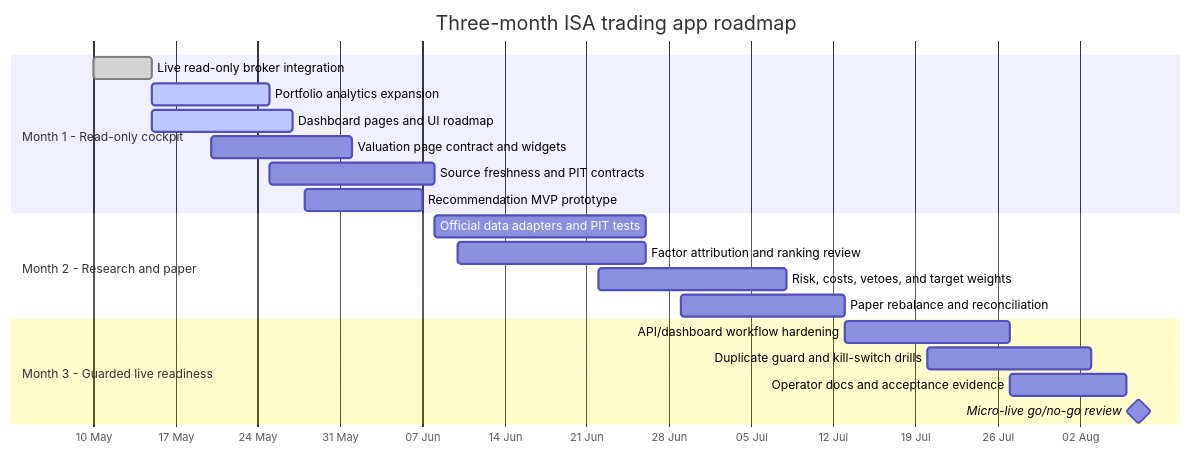
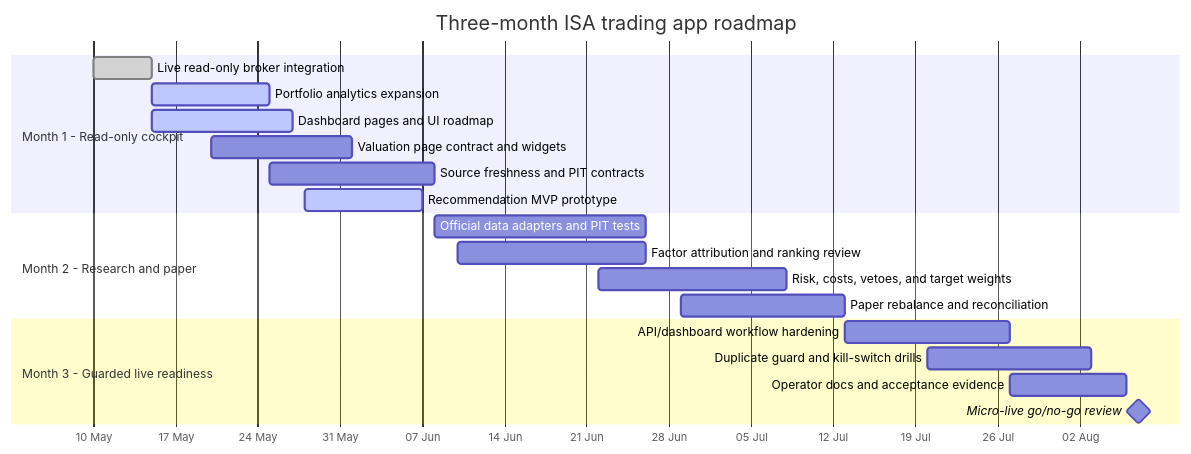
The diagram in docs/roadmap.md (danielcoakley/t212), drawn with Mermaid before and after one commit. The commit also changed other lines of this file and 7 other files, not shown here.

````diff
--- a/docs/roadmap.md
+++ b/docs/roadmap.md
@@ -75,26 +77,26 @@
 ```mermaid
 gantt
     title Three-month ISA trading app roadmap
     dateFormat  YYYY-MM-DD
     axisFormat  %d %b
 
     section Month 1 - Read-only cockpit
     Live read-only broker integration       :done, m1a, 2026-05-10, 5d
     Portfolio analytics expansion           :active, m1b, 2026-05-15, 10d
     Dashboard pages and UI roadmap          :active, m1c, 2026-05-15, 12d
     Valuation page contract and widgets     :m1d, 2026-05-20, 12d
     Source freshness and PIT contracts      :m1e, 2026-05-25, 14d
-    Recommendation MVP prototype            :m1f, 2026-05-28, 10d
+    Recommendation MVP prototype            :active, m1f, 2026-05-28, 10d
 
     section Month 2 - Research and paper
     Official data adapters and PIT tests    :m2a, 2026-06-08, 18d
     Factor attribution and ranking review   :m2b, 2026-06-10, 16d
     Risk, costs, vetoes, and target weights :m2c, 2026-06-22, 16d
     Paper rebalance and reconciliation      :m2d, 2026-06-29, 14d
 
     section Month 3 - Guarded live readiness
     API/dashboard workflow hardening        :m3a, 2026-07-13, 14d
     Duplicate guard and kill-switch drills  :m3b, 2026-07-20, 14d
     Operator docs and acceptance evidence   :m3c, 2026-07-27, 10d
     Micro-live go/no-go review              :milestone, m3d, 2026-08-07, 0d
 ```
````
